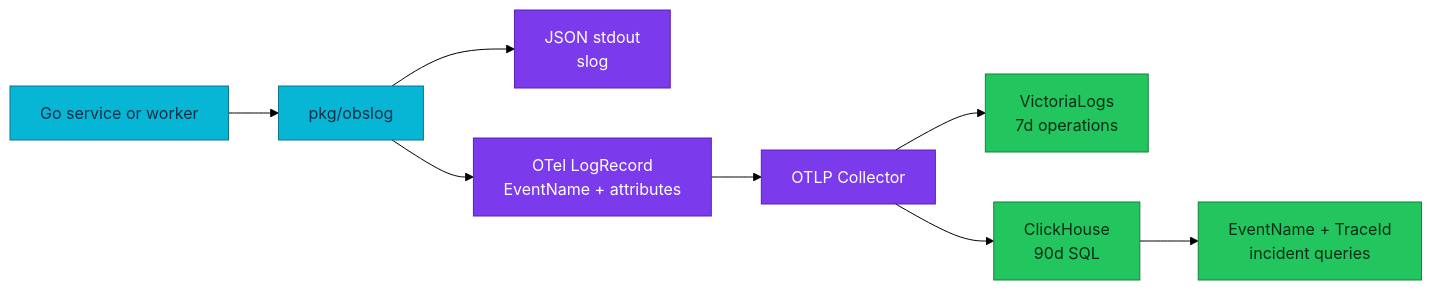
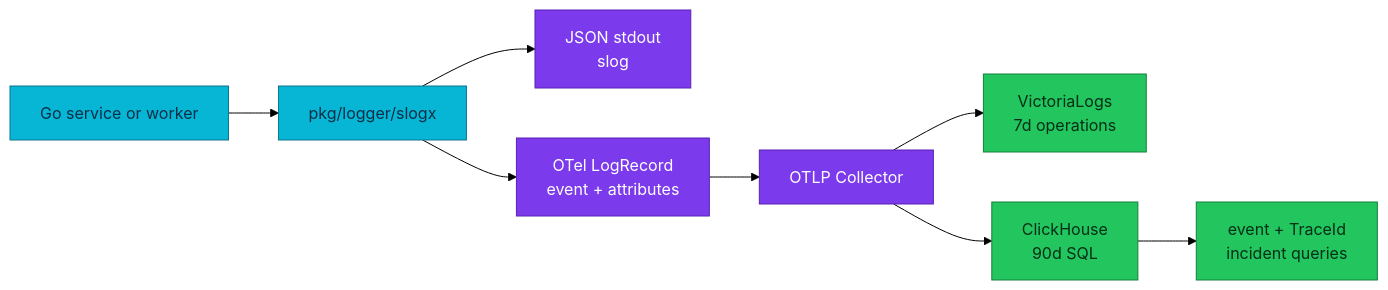
One commit to duynhlab/homelab changed the diagram in docs/proposals/rfc/RFC-0031/research.md. Above: the diagram before and after it, drawn with Mermaid (forest theme). The commit also changed other lines of this file and 5 other files, not shown here.

````diff
--- a/docs/proposals/rfc/RFC-0031/research.md
+++ b/docs/proposals/rfc/RFC-0031/research.md
@@ -44,16 +48,16 @@
 ```mermaid
 flowchart LR
-    A["Go service or worker"] --> B["pkg/obslog"]
+    A["Go service or worker"] --> B["pkg/logger/slogx"]
     B --> C["JSON stdout<br/>slog"]
-    B --> D["OTel LogRecord<br/>EventName + attributes"]
+    B --> D["OTel LogRecord<br/>event + attributes"]
     D --> E["OTLP Collector"]
     E --> F["VictoriaLogs<br/>7d operations"]
     E --> G["ClickHouse<br/>90d SQL"]
-    G --> H["EventName + TraceId<br/>incident queries"]
+    G --> H["event + TraceId<br/>incident queries"]
     classDef service fill:#06b6d4,color:#082f49,stroke:#0e7490;
     classDef platform fill:#7c3aed,color:#fff,stroke:#5b21b6;
     classDef data fill:#22c55e,color:#052e16,stroke:#15803d;
     class A,B service;
     class C,D,E platform;
     class F,G,H data;
 ```
````
